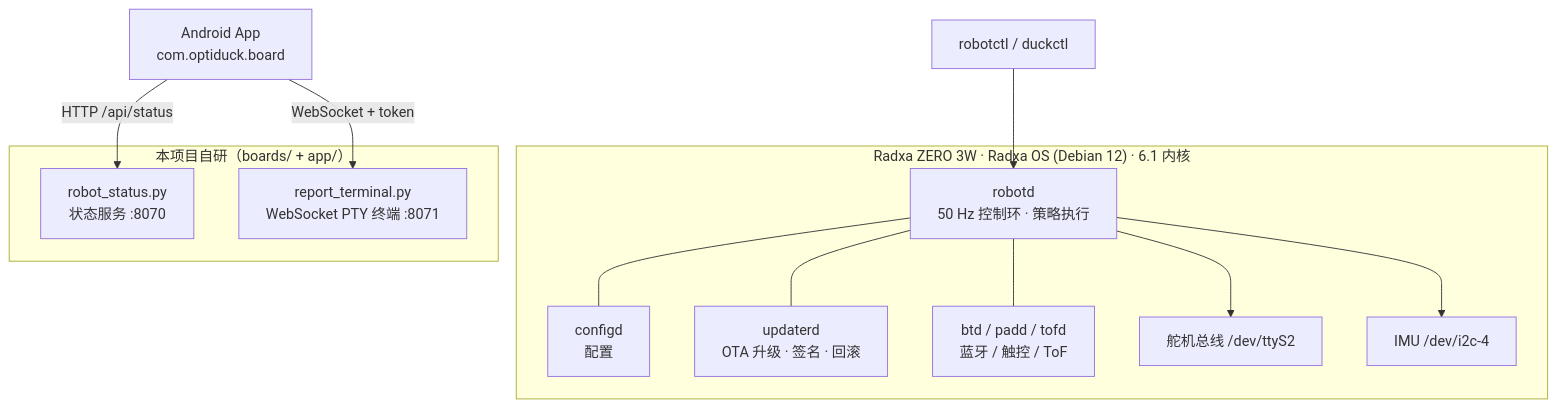
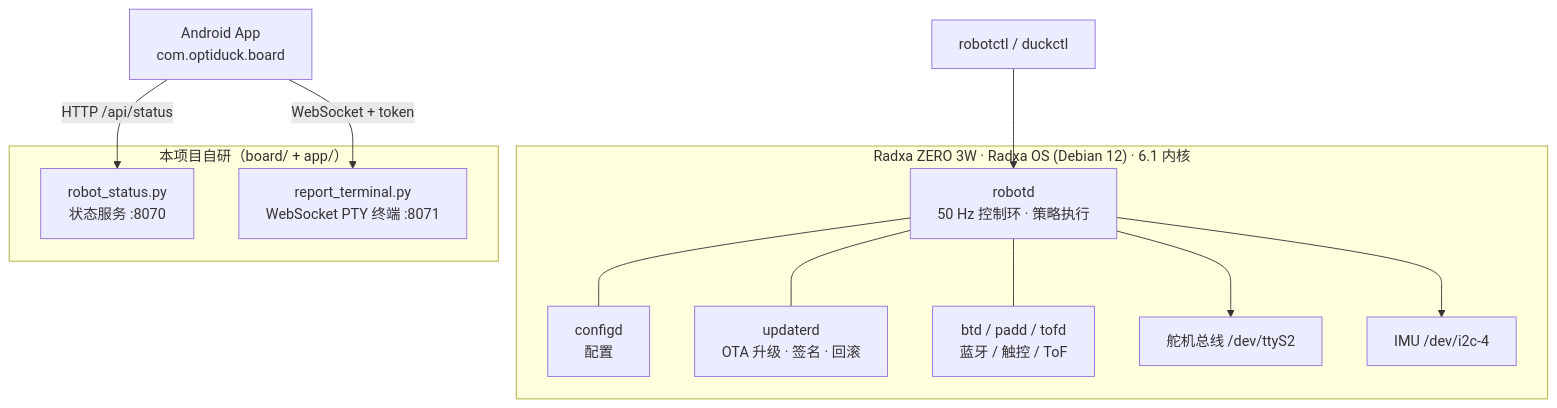
Before and after one commit to sim336/OptiDuck: the second of 2 diagrams in README.md, drawn with Mermaid. The commit also changed other lines of this file, not shown here.

First line of the commit message:
README: 修正 App 章节并补移动端编译小节

````diff
--- a/README.md
+++ b/README.md
@@ -100,17 +112,17 @@
 ```mermaid
 flowchart TB
     subgraph BOARD["Radxa ZERO 3W · Radxa OS (Debian 12) · 6.1 内核"]
         R["robotd<br/>50 Hz 控制环 · 策略执行"] --- C["configd<br/>配置"]
         R --- U["updaterd<br/>OTA 升级 · 签名 · 回滚"]
         R --- BT["btd / padd / tofd<br/>蓝牙 / 触控 / ToF"]
         R --> BUS["舵机总线 /dev/ttyS2"]
         R --> IMU["IMU /dev/i2c-4"]
     end
-    subgraph MINE["本项目自研（boards/ + app/）"]
+    subgraph MINE["本项目自研（board/ + app/）"]
         S["robot_status.py<br/>状态服务 :8070"] 
         T["report_terminal.py<br/>WebSocket PTY 终端 :8071"]
     end
     APP["Android App<br/>com.optiduck.board"] -->|"HTTP /api/status"| S
     APP -->|"WebSocket + token"| T
     CLI["robotctl / duckctl"] --> R
 ```
````
